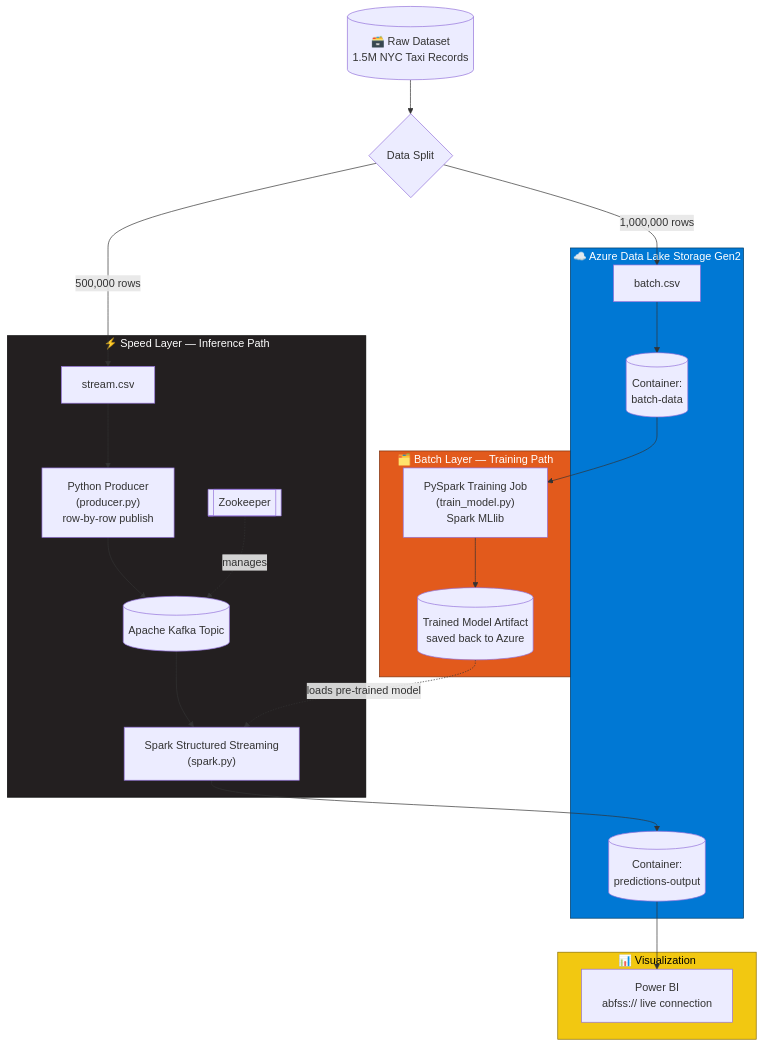
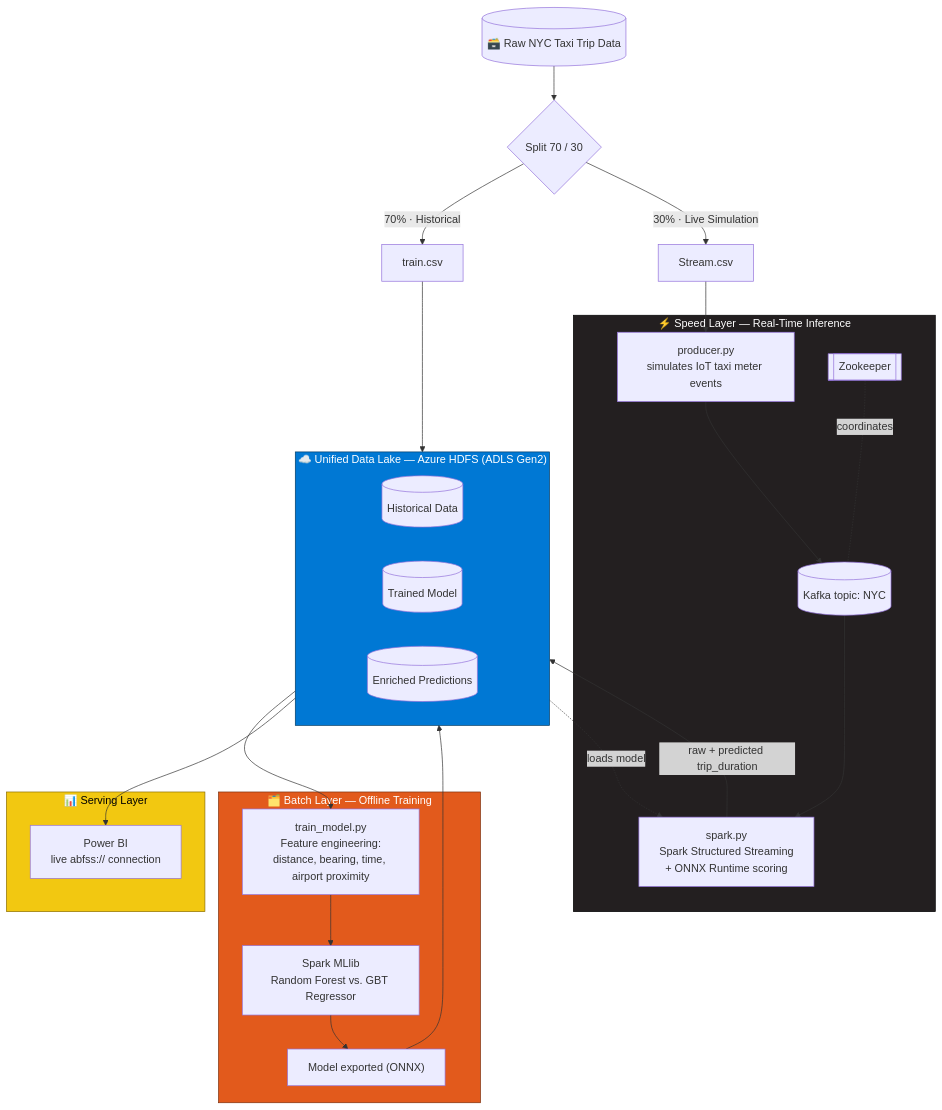
Before and after one commit to Asoussa/Texi-BigData: the diagram in README.md, drawn with Mermaid. The commit also changed other lines of this file, not shown here.

````diff
--- a/README.md
+++ b/README.md
@@ -55,34 +57,46 @@
 ```mermaid
 flowchart TD
-    A[("🗃️ Raw Dataset<br/>1.5M NYC Taxi Records")] --> B{Data Split}
-    B -->|1,000,000 rows| C[batch.csv]
-    B -->|500,000 rows| D[stream.csv]
+    RAW[("🗃️ Raw NYC Taxi Trip Data")] --> SPLIT{"Split 70 / 30"}
+    SPLIT -->|"70% · Historical"| TRAINCSV["train.csv"]
+    SPLIT -->|"30% · Live Simulation"| STREAMCSV["Stream.csv"]
 
-    subgraph CLOUD["☁️ Azure Data Lake Storage Gen2"]
-        C --> E[("Container:<br/>batch-data")]
-        H[("Container:<br/>predictions-output")]
+    subgraph LAKE["☁️ Unified Data Lake — Azure HDFS (ADLS Gen2)"]
+        direction LR
+        L1[("Historical Data")]
+        L2[("Trained Model")]
+        L3[("Enriched Predictions")]
     end
 
-    subgraph BATCH["🗂️ Batch Layer — Training Path"]
-        E --> F["PySpark Training Job<br/>(train_model.py)<br/>Spark MLlib"]
-        F --> G[("Trained Model Artifact<br/>saved back to Azure")]
+    TRAINCSV --> L1
+
+    subgraph BATCH["🗂️ Batch Layer — Offline Training"]
+        T1["train_model.py<br/>Feature engineering:<br/>distance, bearing, time, airport proximity"]
+        T2["Spark MLlib<br/>Random Forest vs. GBT Regressor"]
+        T3["Model exported (ONNX)"]
+        T1 --> T2 --> T3
     end
+    L1 --> T1
+    T3 --> L2
 
-    subgraph SPEED["⚡ Speed Layer — Inference Path"]
-        D --> P["Python Producer<br/>(producer.py)<br/>row-by-row publish"]
-        P --> K[("Apache Kafka Topic")]
-        Z[["Zookeeper"]] -.manages.-> K
-        K --> S["Spark Structured Streaming<br/>(spark.py)"]
-        G -.loads pre-trained model.-> S
-        S --> H
+    subgraph SPEED["⚡ Speed Layer — Real-Time Inference"]
+        P1["producer.py<br/>simulates IoT taxi meter events"]
+        K[("Kafka topic: NYC")]
+        ZK[["Zookeeper"]]
+        S1["spark.py<br/>Spark Structured Streaming<br/>+ ONNX Runtime scoring"]
+        P1 --> K --> S1
+        ZK -.coordinates.- K
     end
+    STREAMCSV --> P1
+    L2 -.loads model.-> S1
+    S1 -->|"raw + predicted trip_duration"| L3
 
-    subgraph BI["📊 Visualization"]
-        H --> PBI["Power BI<br/>abfss:// live connection"]
+    subgraph SERVE["📊 Serving Layer"]
+        BI["Power BI<br/>live abfss:// connection"]
     end
+    L3 --> BI
 
-    style CLOUD fill:#0078D4,color:#fff,stroke:#003a63
+    style LAKE fill:#0078D4,color:#fff,stroke:#003a63
     style BATCH fill:#E25A1C,color:#fff,stroke:#7a2e0c
     style SPEED fill:#231F20,color:#fff,stroke:#000
-    style BI fill:#F2C811,color:#000,stroke:#8a6d00
+    style SERVE fill:#F2C811,color:#000,stroke:#8a6d00
 ```
````
